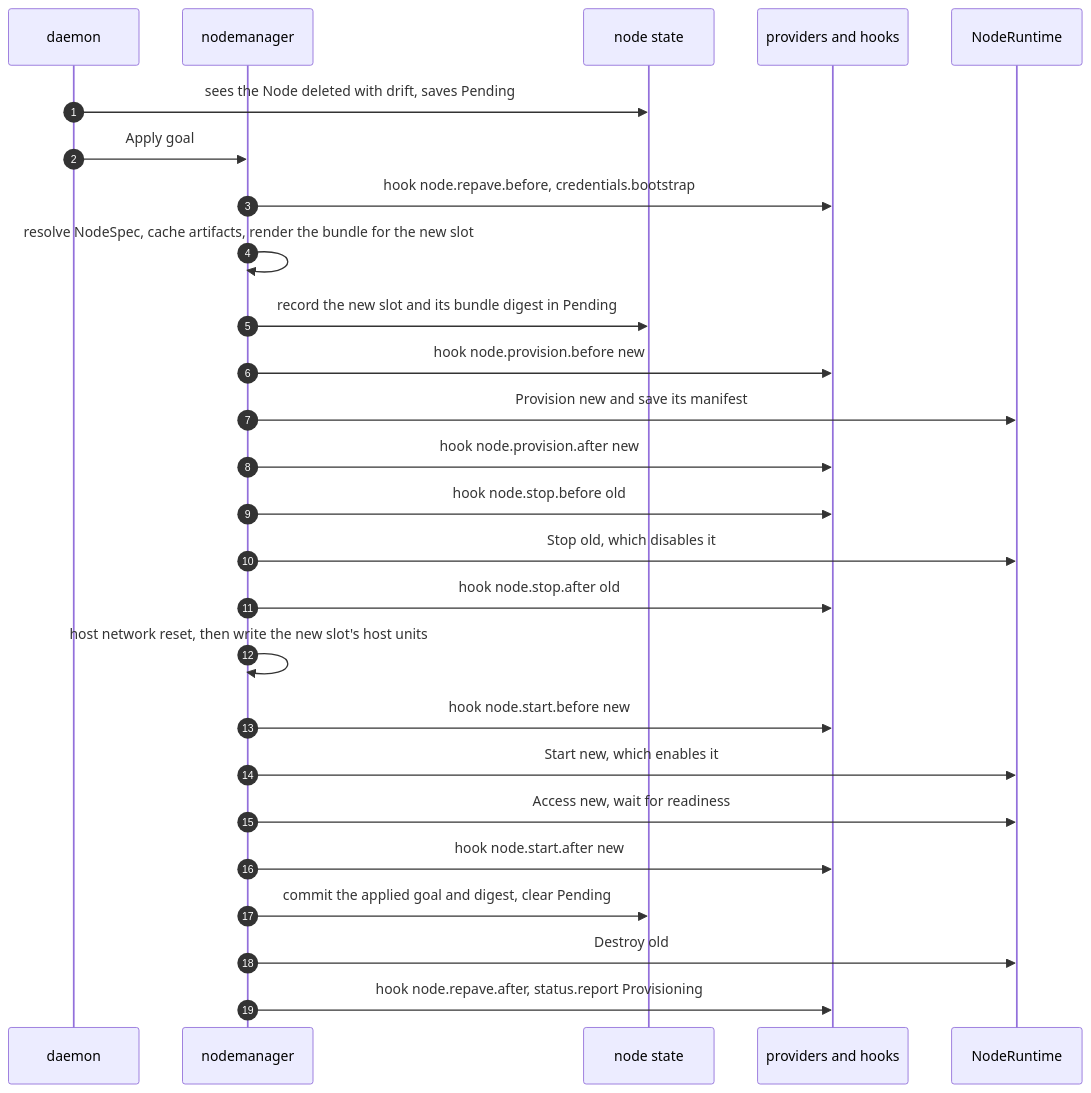
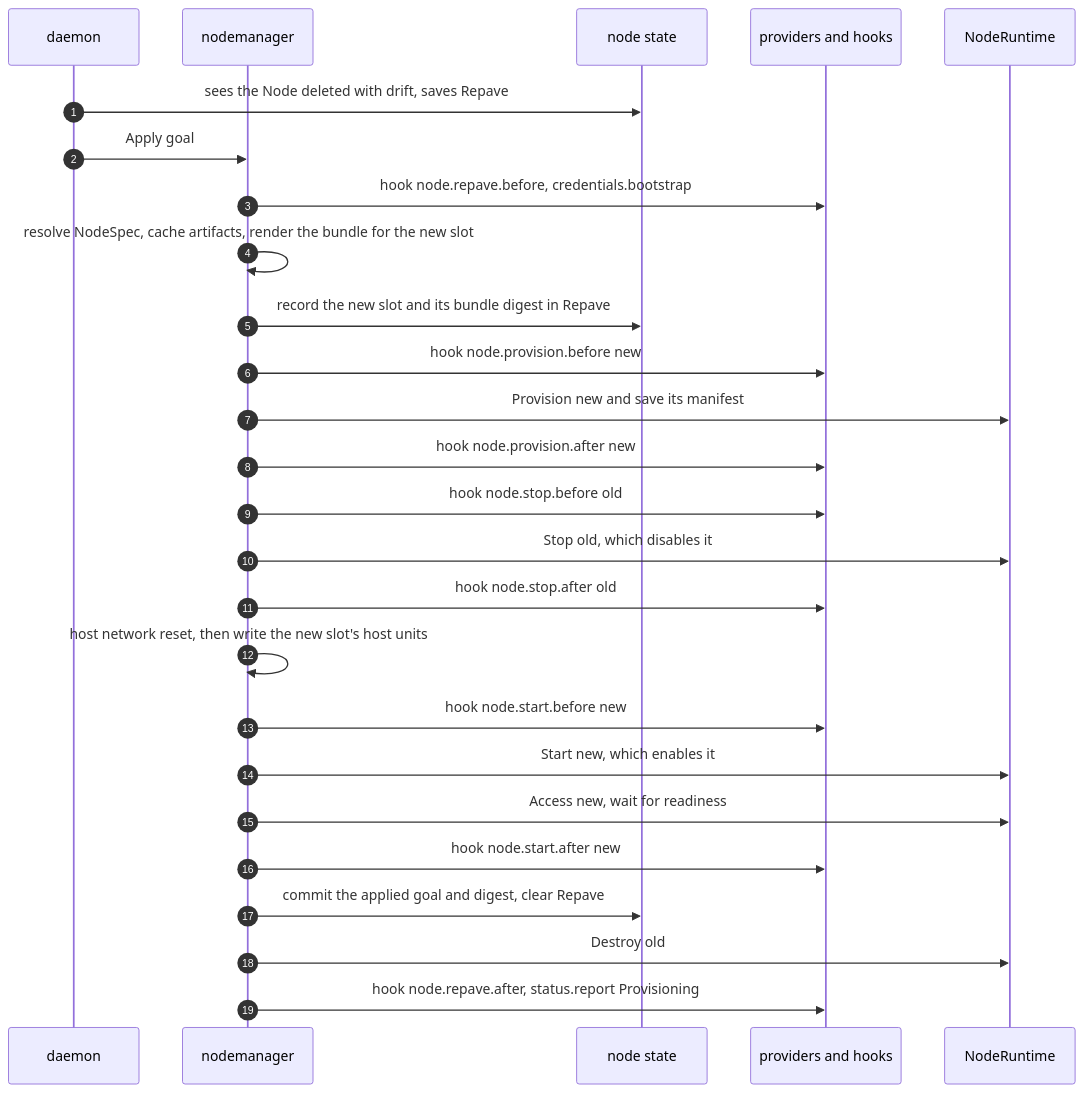
The second of 5 diagrams in designs/agent-v2/05-lifecycles.md (Azure/unbounded), drawn with Mermaid before and after one commit. The commit also changed other lines of this file and 10 other files, not shown here.

````diff
--- a/designs/agent-v2/05-lifecycles.md
+++ b/designs/agent-v2/05-lifecycles.md
@@ -51,28 +51,28 @@
 ```mermaid
 sequenceDiagram
   autonumber
   participant D as daemon
   participant NM as nodemanager
   participant St as node state
   participant Px as providers and hooks
   participant RT as NodeRuntime
-  D->>St: sees the Node deleted with drift, saves Pending
+  D->>St: sees the Node deleted with drift, saves Repave
   D->>NM: Apply goal
   NM->>Px: hook node.repave.before, credentials.bootstrap
   NM->>NM: resolve NodeSpec, cache artifacts, render the bundle for the new slot
-  NM->>St: record the new slot and its bundle digest in Pending
+  NM->>St: record the new slot and its bundle digest in Repave
   NM->>Px: hook node.provision.before new
   NM->>RT: Provision new and save its manifest
   NM->>Px: hook node.provision.after new
   NM->>Px: hook node.stop.before old
   NM->>RT: Stop old, which disables it
   NM->>Px: hook node.stop.after old
   NM->>NM: host network reset, then write the new slot's host units
   NM->>Px: hook node.start.before new
   NM->>RT: Start new, which enables it
   NM->>RT: Access new, wait for readiness
   NM->>Px: hook node.start.after new
-  NM->>St: commit the applied goal and digest, clear Pending
+  NM->>St: commit the applied goal and digest, clear Repave
   NM->>RT: Destroy old
   NM->>Px: hook node.repave.after, status.report Provisioning
 ```
````
